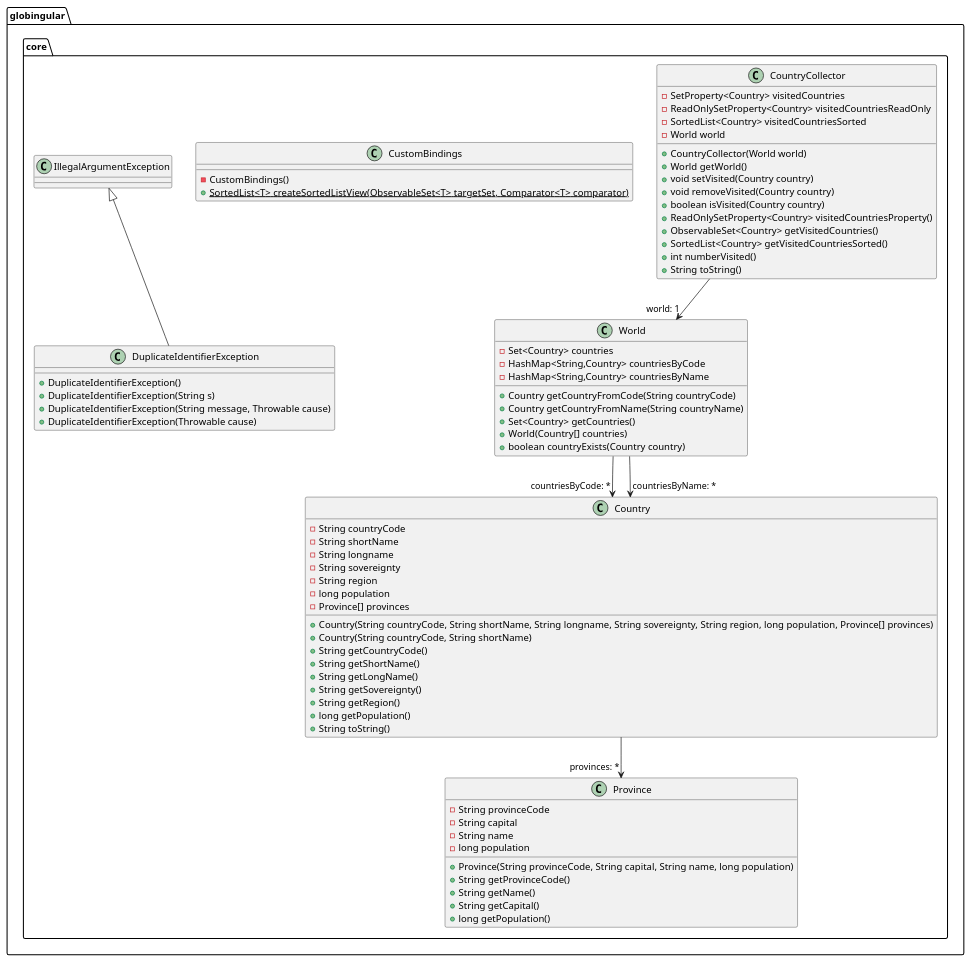
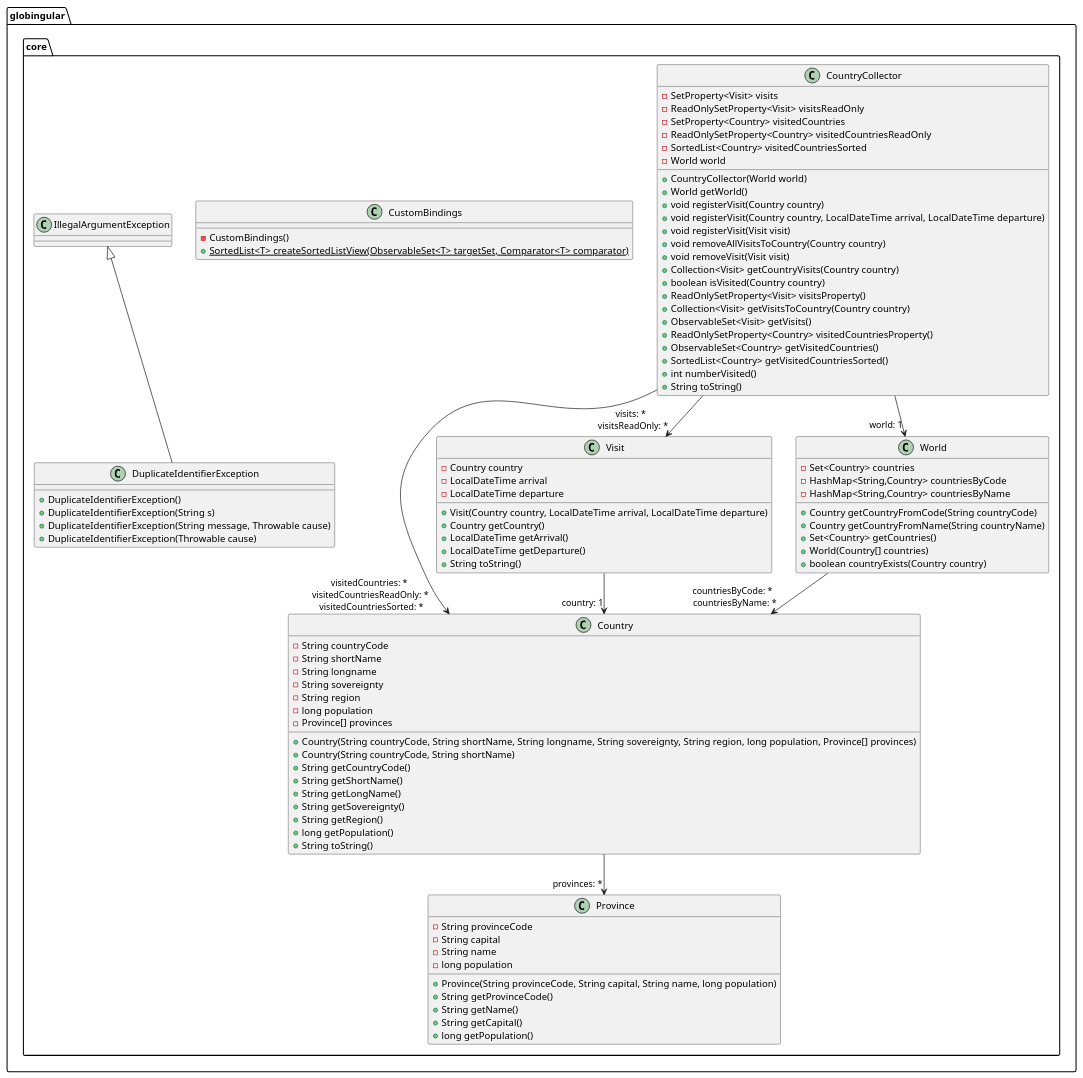
Before and after one commit to dotClique/globingular: the diagram in globingular/core/diagrams/classes.puml, drawn with PlantUML. The commit also changed 2 other files, not shown here.

Commit message:
Update class diagrams to correspond with new code

```diff
--- a/globingular/core/diagrams/classes.puml
+++ b/globingular/core/diagrams/classes.puml
@@ -1,87 +1,106 @@
 @startuml classes_core
 
-skinparam PageMargin 50
-
 package globingular.core {
-
 	class Country [[java:globingular.core.Country]] {
 		-String countryCode
 		-String shortName
 		-String longname
 		-String sovereignty
 		-String region
 		-long population
 		-Province[] provinces
 		+Country(String countryCode, String shortName, String longname, String sovereignty, String region, long population, Province[] provinces)
 		+Country(String countryCode, String shortName)
 		+String getCountryCode()
 		+String getShortName()
 		+String getLongName()
 		+String getSovereignty()
 		+String getRegion()
 		+long getPopulation()
 		+String toString()
 	}
-
+	
 	class CountryCollector [[java:globingular.core.CountryCollector]] {
+		-SetProperty<Visit> visits
+		-ReadOnlySetProperty<Visit> visitsReadOnly
 		-SetProperty<Country> visitedCountries
 		-ReadOnlySetProperty<Country> visitedCountriesReadOnly
 		-SortedList<Country> visitedCountriesSorted
 		-World world
 		+CountryCollector(World world)
 		+World getWorld()
-		+void setVisited(Country country)
-		+void removeVisited(Country country)
+		+void registerVisit(Country country)
+		+void registerVisit(Country country, LocalDateTime arrival, LocalDateTime departure)
+		+void registerVisit(Visit visit)
+		+void removeAllVisitsToCountry(Country country)
+		+void removeVisit(Visit visit)
+		+Collection<Visit> getCountryVisits(Country country)
 		+boolean isVisited(Country country)
+		+ReadOnlySetProperty<Visit> visitsProperty()
+		+Collection<Visit> getVisitsToCountry(Country country)
+		+ObservableSet<Visit> getVisits()
 		+ReadOnlySetProperty<Country> visitedCountriesProperty()
 		+ObservableSet<Country> getVisitedCountries()
 		+SortedList<Country> getVisitedCountriesSorted()
 		+int numberVisited()
 		+String toString()
 	}
-
+	
 	class CustomBindings [[java:globingular.core.CustomBindings]] {
 		-CustomBindings()
 		+{static}SortedList<T> createSortedListView(ObservableSet<T> targetSet, Comparator<T> comparator)
 	}
-
+	
 	class DuplicateIdentifierException [[java:globingular.core.DuplicateIdentifierException]] {
 		+DuplicateIdentifierException()
 		+DuplicateIdentifierException(String s)
 		+DuplicateIdentifierException(String message, Throwable cause)
 		+DuplicateIdentifierException(Throwable cause)
 	}
 	class IllegalArgumentException [[java:java.lang.IllegalArgumentException]] {
 	}
 	IllegalArgumentException <|-- DuplicateIdentifierException
-
+	
 	class Province [[java:globingular.core.Province]] {
 		-String provinceCode
 		-String capital
 		-String name
 		-long population
 		+Province(String provinceCode, String capital, String name, long population)
 		+String getProvinceCode()
 		+String getName()
 		+String getCapital()
 		+long getPopulation()
 	}
-
+	
+	class Visit [[java:globingular.core.Visit]] {
+		-Country country
+		-LocalDateTime arrival
+		-LocalDateTime departure
+		+Visit(Country country, LocalDateTime arrival, LocalDateTime departure)
+		+Country getCountry()
+		+LocalDateTime getArrival()
+		+LocalDateTime getDeparture()
+		+String toString()
+	}
+	
 	class World [[java:globingular.core.World]] {
 		-Set<Country> countries
 		-HashMap<String,Country> countriesByCode
 		-HashMap<String,Country> countriesByName
 		+Country getCountryFromCode(String countryCode)
 		+Country getCountryFromName(String countryName)
 		+Set<Country> getCountries()
 		+World(Country[] countries)
 		+boolean countryExists(Country country)
 	}
 }
 
 Country --> "provinces: *" Province
 CountryCollector --> "world: 1" World
-World --> "countriesByCode: *" Country
-World --> "countriesByName: *" Country
+CountryCollector --> "visits: * \n visitsReadOnly: *" Visit
+CountryCollector --> "visitedCountries: * \n visitedCountriesReadOnly: * \n visitedCountriesSorted: *" Country
+World --> "countriesByCode: * \n countriesByName: *" Country
+Visit --> "country: 1" Country
 
 @enduml
```
